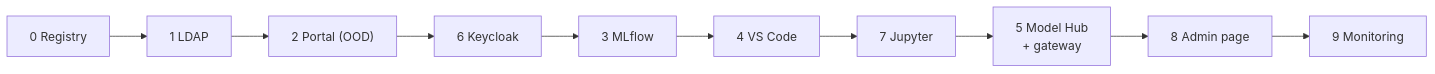
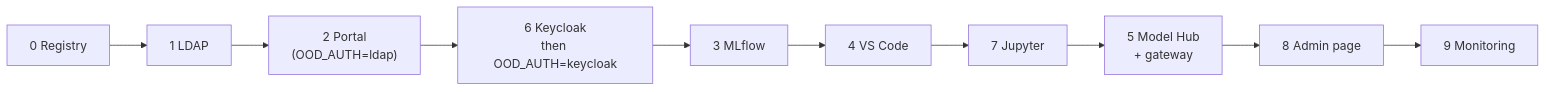
One commit to Ankush610/AI-Factory-Docs changed the diagram in docs/admin/index.md. Above: the diagram before and after it, drawn with Mermaid. The commit also changed other lines of this file and 51 other files, not shown here.

````diff
--- a/docs/admin/index.md
+++ b/docs/admin/index.md
@@ -18,5 +52,5 @@
 ```mermaid
 flowchart LR
-    A["0 Registry"] --> B["1 LDAP"] --> C["2 Portal (OOD)"] --> D["6 Keycloak"]
+    A["0 Registry"] --> B["1 LDAP"] --> C["2 Portal<br/>(OOD_AUTH=ldap)"] --> D["6 Keycloak<br/>then OOD_AUTH=keycloak"]
     D --> E["3 MLflow"] --> F["4 VS Code"] --> G["7 Jupyter"] --> H["5 Model Hub<br/>+ gateway"] --> I["8 Admin page"] --> J["9 Monitoring"]
 ```
````
